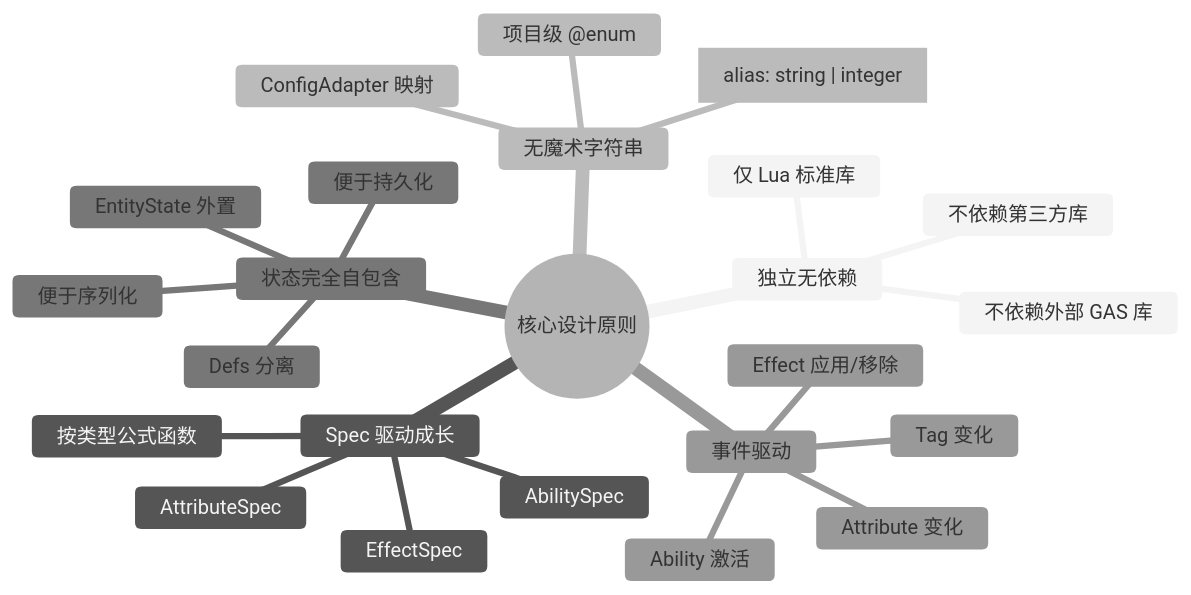
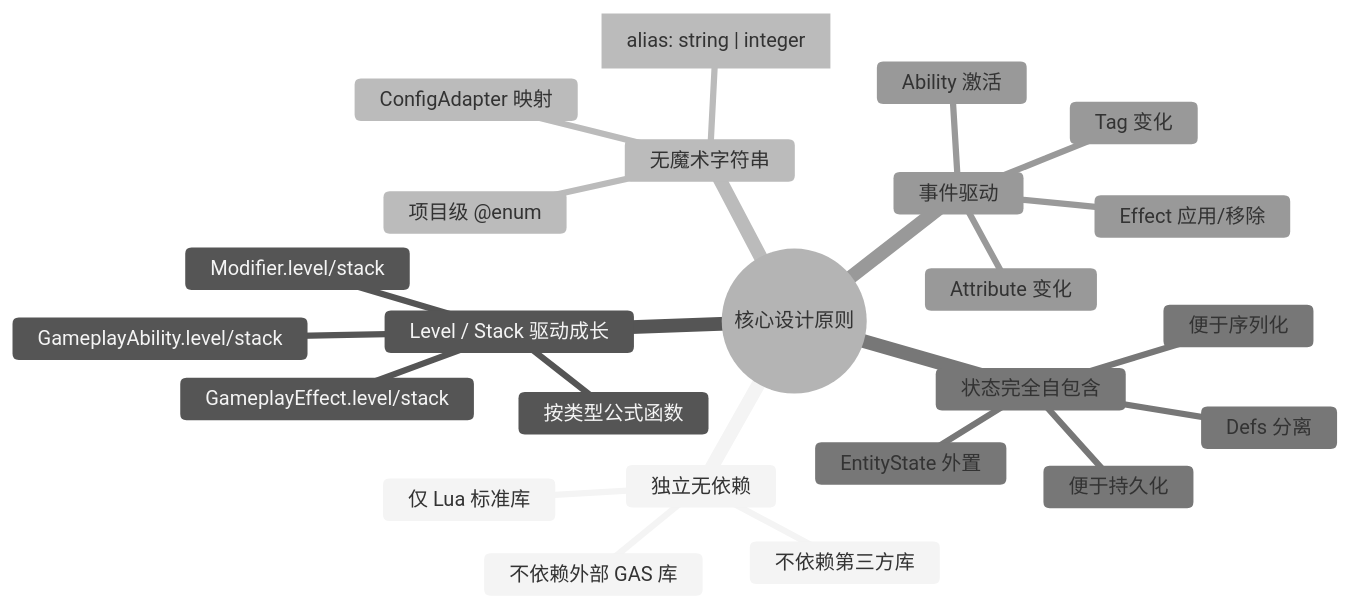
Before and after one commit to caorenmei/cgas: the first of 3 diagrams in docs/specs/mini_gas/architecture.md, drawn with Mermaid. The commit also changed other lines of this file and 11 other files, not shown here.

````diff
--- a/docs/specs/mini_gas/architecture.md
+++ b/docs/specs/mini_gas/architecture.md
@@ -37,28 +43,28 @@
 ```mermaid
 %%{init: {'theme': 'neutral'}}%%
 mindmap
   root((核心设计原则))
     独立无依赖
       不依赖外部 GAS 库
       不依赖第三方库
       仅 Lua 标准库
-    Spec 驱动成长
-      AbilitySpec
-      EffectSpec
-      AttributeSpec
+    Level / Stack 驱动成长
+      GameplayAbility.level/stack
+      GameplayEffect.level/stack
+      Modifier.level/stack
       按类型公式函数
     无魔术字符串
       idAliasText["alias: string | integer"]
       项目级 @enum
       ConfigAdapter 映射
     状态完全自包含
       EntityState 外置
       Defs 分离
       便于序列化
       便于持久化
     事件驱动
       Ability 激活
       Effect 应用/移除
       Attribute 变化
       Tag 变化
 ```
````
